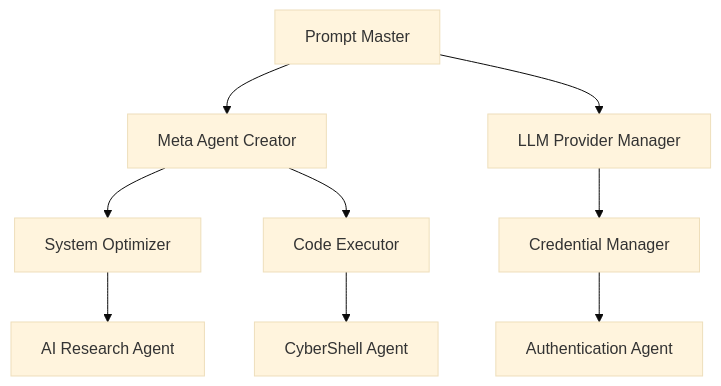
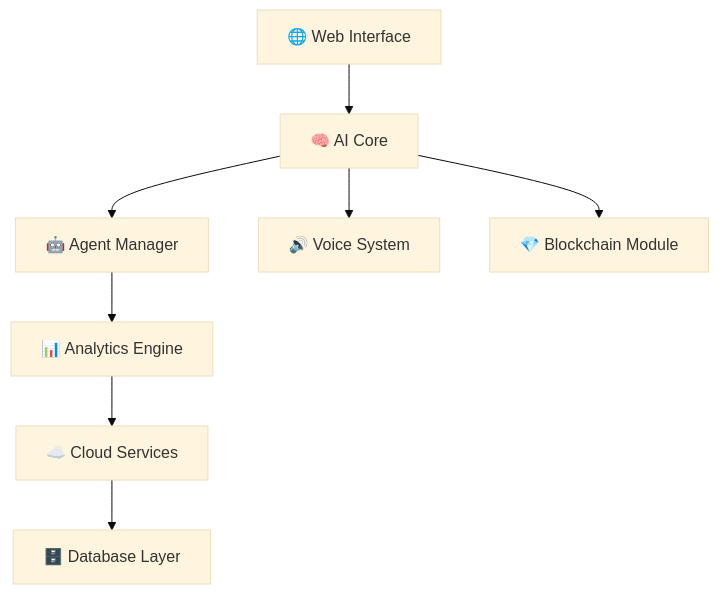
Before and after one commit to mulkymalikuldhrs/AI-MultiColony-Ecosystem: the diagram in README.md, drawn with Mermaid (base theme). The commit also changed other lines of this file and 6 other files, not shown here.

````diff
--- a/README.md
+++ b/README.md
@@ -93,11 +207,10 @@
 ```mermaid
-graph TD
-    A[Prompt Master] --> B[Meta Agent Creator]
-    A --> C[LLM Provider Manager]
-    B --> D[System Optimizer]
-    B --> E[Code Executor]
-    C --> F[Credential Manager]
-    F --> G[Authentication Agent]
-    D --> H[AI Research Agent]
-    E --> I[CyberShell Agent]
+graph TB
+    A[🌐 Web Interface] --> B[🧠 AI Core]
+    B --> C[🤖 Agent Manager]
+    B --> D[🔊 Voice System]
+    B --> E[💎 Blockchain Module]
+    C --> F[📊 Analytics Engine]
+    F --> G[☁️ Cloud Services]
+    G --> H[🗄️ Database Layer]
 ```
````
